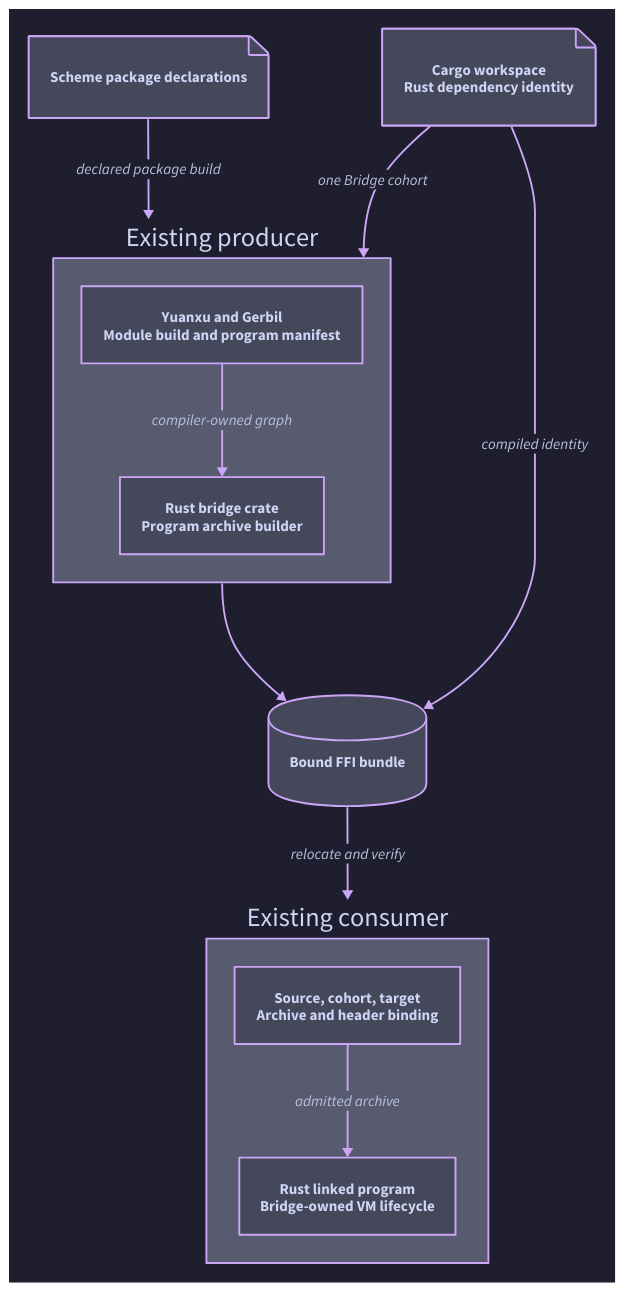
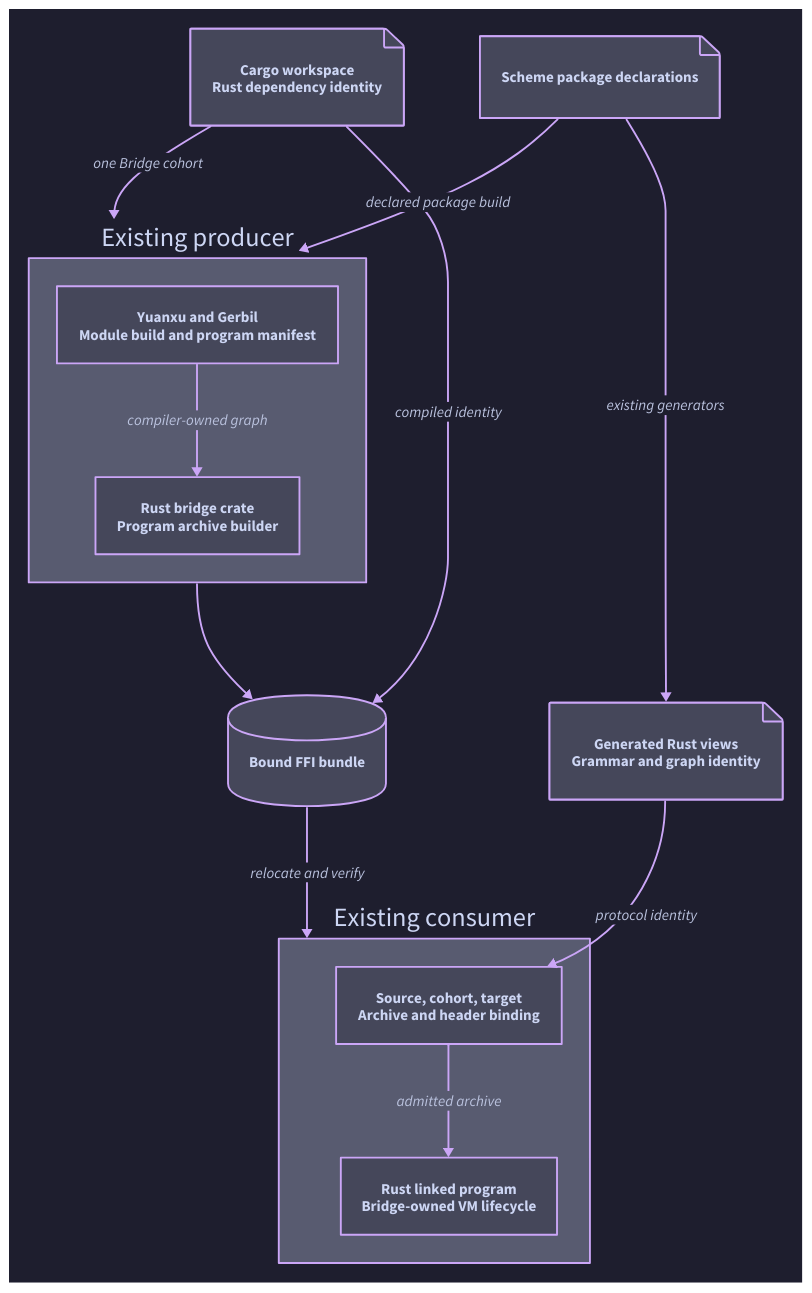
The diagram in docs/20_parser/20.09_cargo_bridge_ownership.d2 (tao3k/orgize), drawn with D2 before and after one commit. The commit also changed 9 other files, not shown here.

Commit message:
Regenerate native-bound parser and graph identities

```diff
--- a/docs/20_parser/20.09_cargo_bridge_ownership.d2
+++ b/docs/20_parser/20.09_cargo_bridge_ownership.d2
@@ -1,24 +1,28 @@
 direction: down
 vars: {d2-config: {theme-id: 200; pad: 32}}
 
 cargo: "Cargo workspace\nRust dependency identity" {shape: page}
 scheme: "Scheme package declarations" {shape: page}
 producer: "Existing producer" {
   direction: right
   compiler: "Yuanxu and Gerbil\nModule build and program manifest"
   archive: "Rust bridge crate\nProgram archive builder"
   compiler -> archive: "compiler-owned graph"
 }
+products: "Generated Rust views\nGrammar and graph identity" {shape: page}
 bundle: "Bound FFI bundle" {shape: cylinder}
 consumer: "Existing consumer" {
   direction: right
   admission: "Source, cohort, target\nArchive and header binding"
   runtime: "Rust linked program\nBridge-owned VM lifecycle"
   admission -> runtime: "admitted archive"
 }
 
 scheme -> producer: "declared package build"
 cargo -> producer: "one Bridge cohort"
 producer -> bundle
 cargo -> bundle: "compiled identity"
 bundle -> consumer: "relocate and verify"
+
+scheme -> products: "existing generators"
+products -> consumer.admission: "protocol identity"
```
